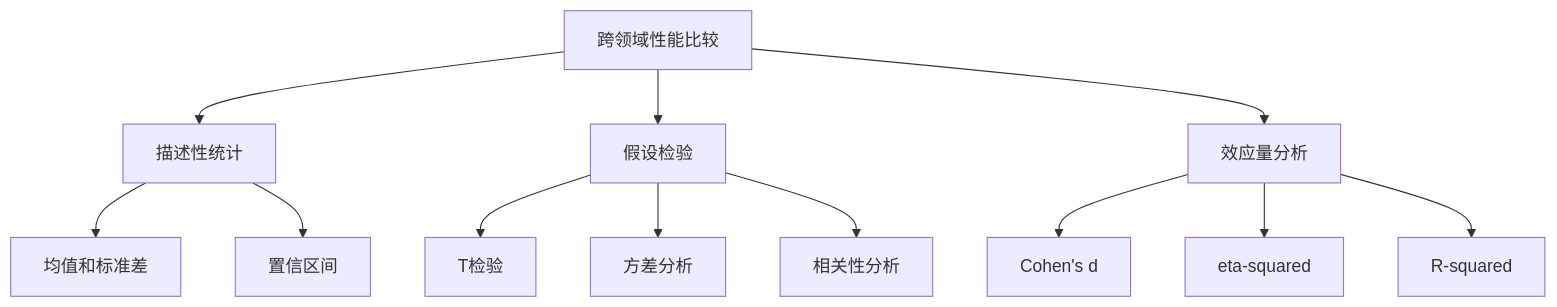
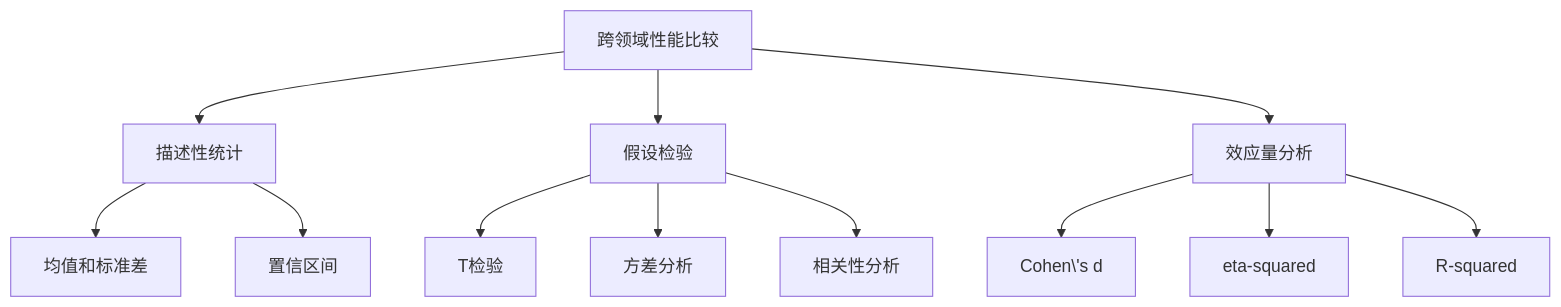
Before and after one commit to kitee0918/-nlp-rag-project: the ninth of 15 diagrams in .qoder/repowiki/zh/content/跨领域性能评估.md, drawn with Mermaid. The commit also changed other lines of this file and 9 other files, not shown here.

````diff
--- a/.qoder/repowiki/zh/content/跨领域性能评估.md
+++ b/.qoder/repowiki/zh/content/跨领域性能评估.md
@@ -319,14 +281,14 @@
 ```mermaid
 flowchart TD
 A[跨领域性能比较] --> B[描述性统计]
 A --> C[假设检验]
 A --> D[效应量分析]
 B --> E[均值和标准差]
 B --> F[置信区间]
 C --> G[T检验]
 C --> H[方差分析]
 C --> I[相关性分析]
-D --> J[Cohen's d]
+D --> J[Cohen\'s d]
 D --> K[eta-squared]
 D --> L[R-squared]
 ```
````
